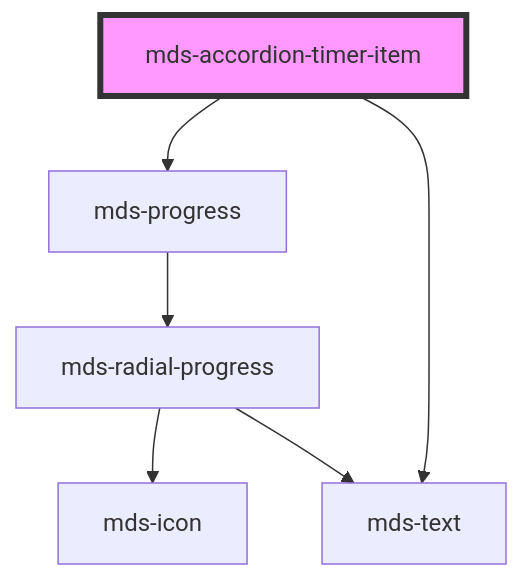
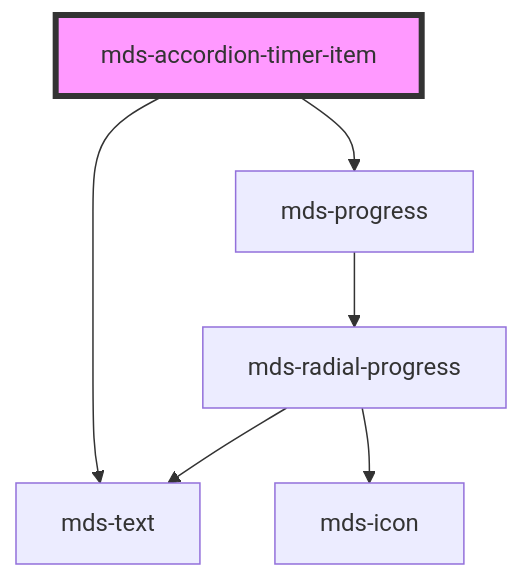
Before and after one commit to magma-design-system/magma: the diagram in projects/stencil/src/components/mds-accordion-timer-item/readme.md, drawn with Mermaid. The commit also changed other lines of this file and 19 other files, not shown here.

````diff
--- a/projects/stencil/src/components/mds-accordion-timer-item/readme.md
+++ b/projects/stencil/src/components/mds-accordion-timer-item/readme.md
@@ -357,9 +361,9 @@
 ```mermaid
 graph TD;
+  mds-accordion-timer-item --> mds-text
   mds-accordion-timer-item --> mds-progress
-  mds-accordion-timer-item --> mds-text
   mds-progress --> mds-radial-progress
   mds-radial-progress --> mds-icon
   mds-radial-progress --> mds-text
   style mds-accordion-timer-item fill:#f9f,stroke:#333,stroke-width:4px
 ```
````
